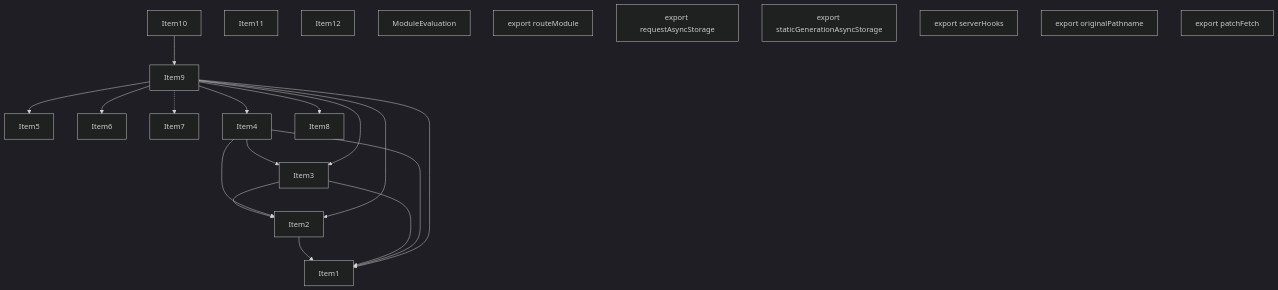
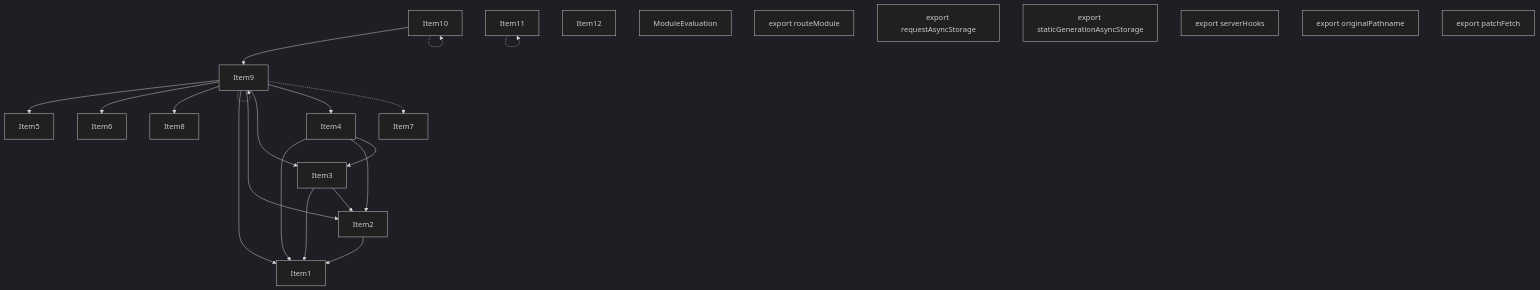
Before and after one commit to vercel/turborepo: the second of 5 diagrams in crates/turbopack-ecmascript/tests/tree-shaker/analyzer/app-route/output.md, drawn with Mermaid (dark theme). The commit also changed other lines of this file and 20 other files, not shown here.

````diff
--- a/crates/turbopack-ecmascript/tests/tree-shaker/analyzer/app-route/output.md
+++ b/crates/turbopack-ecmascript/tests/tree-shaker/analyzer/app-route/output.md
@@ -183,44 +183,47 @@
 ```mermaid
 graph TD
     Item1;
     Item5;
     Item2;
     Item6;
     Item3;
     Item7;
     Item4;
     Item8;
     Item9;
     Item10;
     Item11;
     Item12;
     Item13;
     Item13["ModuleEvaluation"];
     Item14;
     Item14["export routeModule"];
     Item15;
     Item15["export requestAsyncStorage"];
     Item16;
     Item16["export staticGenerationAsyncStorage"];
     Item17;
     Item17["export serverHooks"];
     Item18;
     Item18["export originalPathname"];
     Item19;
     Item19["export patchFetch"];
     Item2 --> Item1;
     Item3 --> Item1;
     Item3 --> Item2;
     Item4 --> Item1;
     Item4 --> Item2;
     Item4 --> Item3;
     Item9 --> Item5;
     Item9 --> Item6;
     Item9 --> Item8;
+    Item9 -.-> Item9;
     Item9 --> Item1;
     Item9 --> Item2;
     Item9 --> Item3;
     Item9 --> Item4;
     Item9 -.-> Item7;
     Item10 --> Item9;
+    Item10 -.-> Item10;
+    Item11 -.-> Item11;
 ```
````
